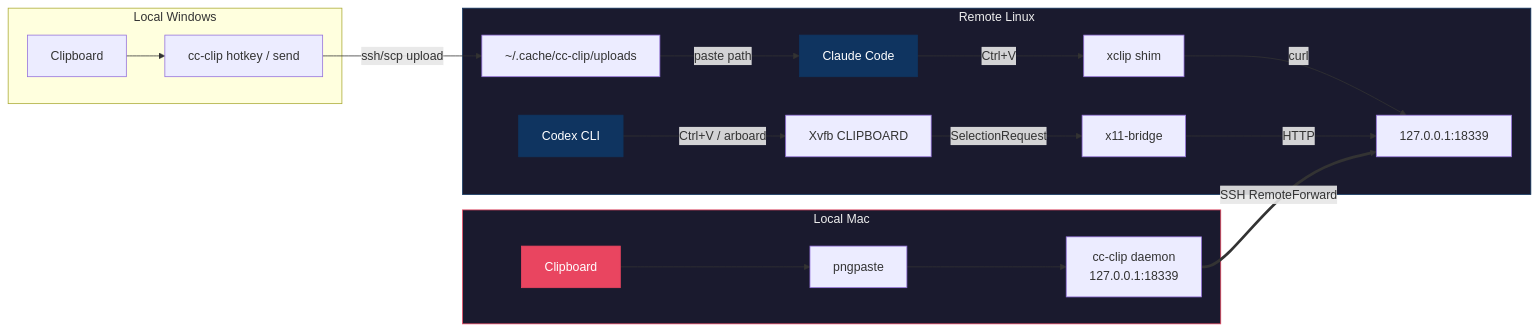
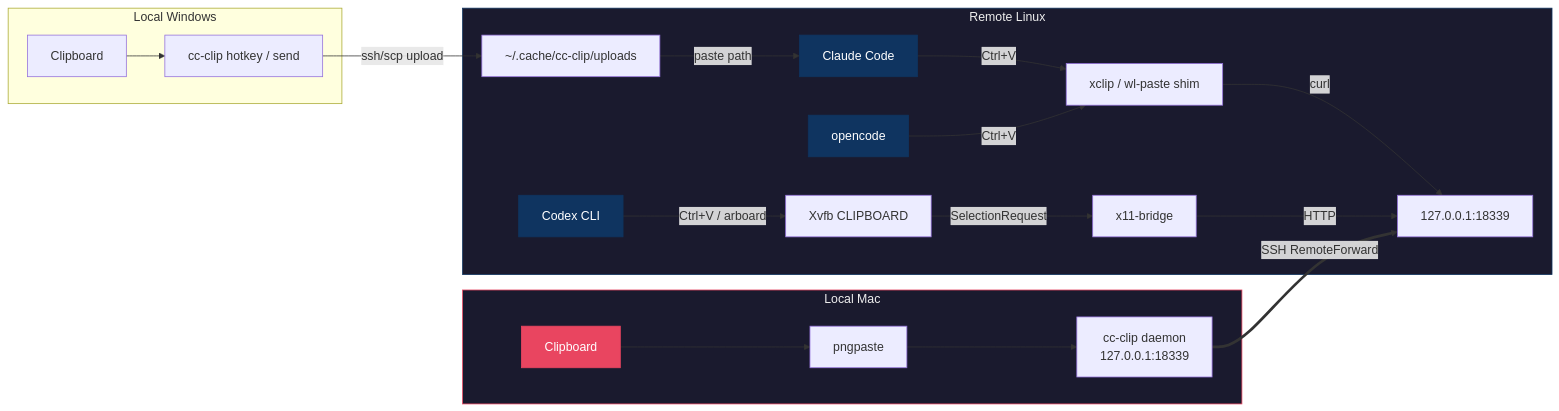
Before and after one commit to ShunmeiCho/cc-clip: the diagram in README.md, drawn with Mermaid. The commit also changed other lines of this file and 3 other files, not shown here.

````diff
--- a/README.md
+++ b/README.md
@@ -204,29 +253,31 @@
 ```mermaid
 graph LR
     subgraph local ["Local Mac"]
         A["Clipboard"] --> B["pngpaste"]
         B --> C["cc-clip daemon<br/>127.0.0.1:18339"]
     end
 
     subgraph win ["Local Windows"]
         J["Clipboard"] --> K["cc-clip hotkey / send"]
     end
 
     subgraph remote ["Remote Linux"]
-        F["Claude Code"] -- "Ctrl+V" --> E["xclip shim"]
+        F["Claude Code"] -- "Ctrl+V" --> E["xclip / wl-paste shim"]
+        M["opencode"] -- "Ctrl+V" --> E
         E -- "curl" --> D["127.0.0.1:18339"]
         K -- "ssh/scp upload" --> L["~/.cache/cc-clip/uploads"]
         L -- "paste path" --> F
         G["Codex CLI"] -- "Ctrl+V / arboard" --> H["Xvfb CLIPBOARD"]
         H -- "SelectionRequest" --> I["x11-bridge"]
         I -- "HTTP" --> D
     end
 
     C == "SSH RemoteForward" ==> D
 
     style local fill:#1a1a2e,stroke:#e94560,color:#eee
     style remote fill:#1a1a2e,stroke:#0f3460,color:#eee
     style A fill:#e94560,stroke:#e94560,color:#fff
     style F fill:#0f3460,stroke:#0f3460,color:#fff
     style G fill:#0f3460,stroke:#0f3460,color:#fff
+    style M fill:#0f3460,stroke:#0f3460,color:#fff
 ```
````
